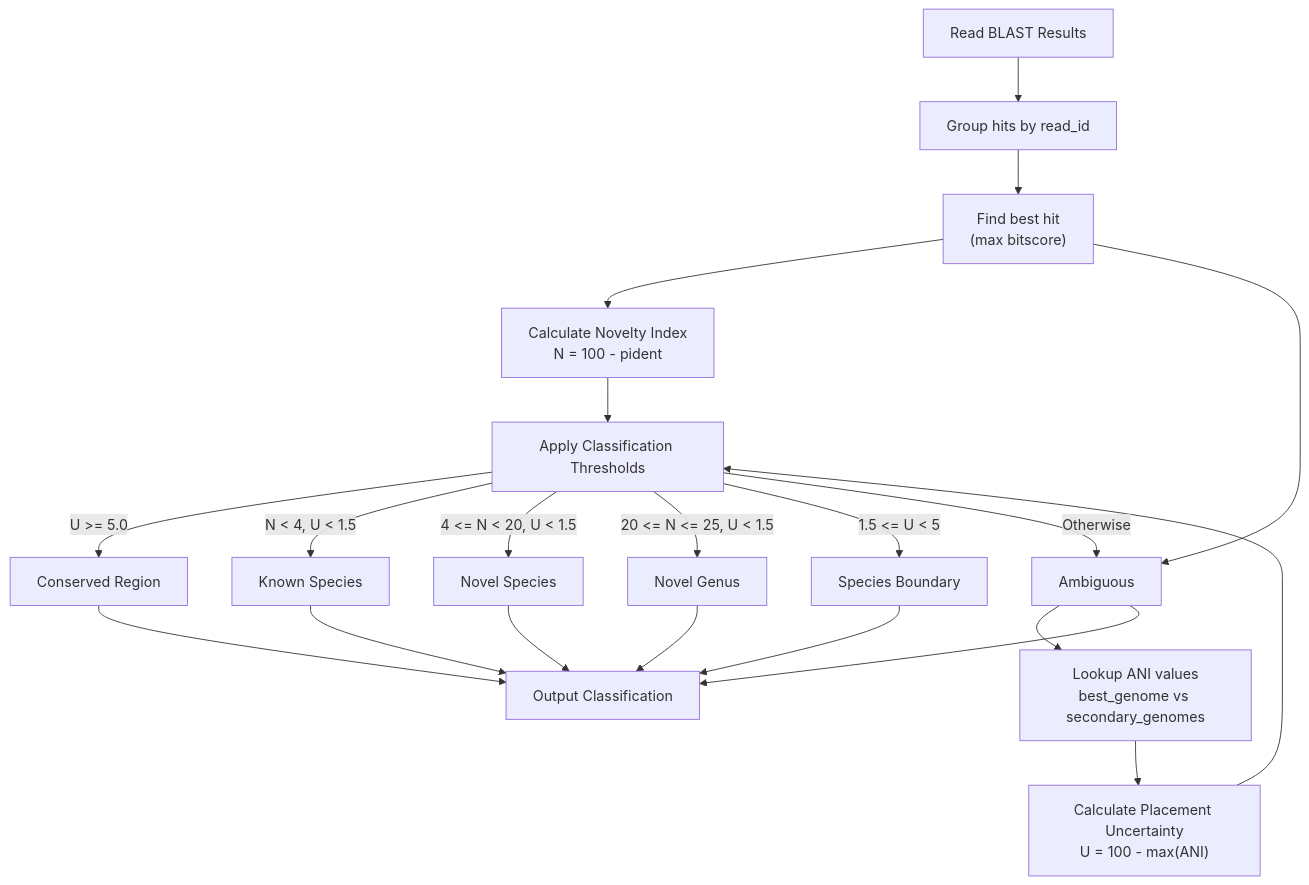
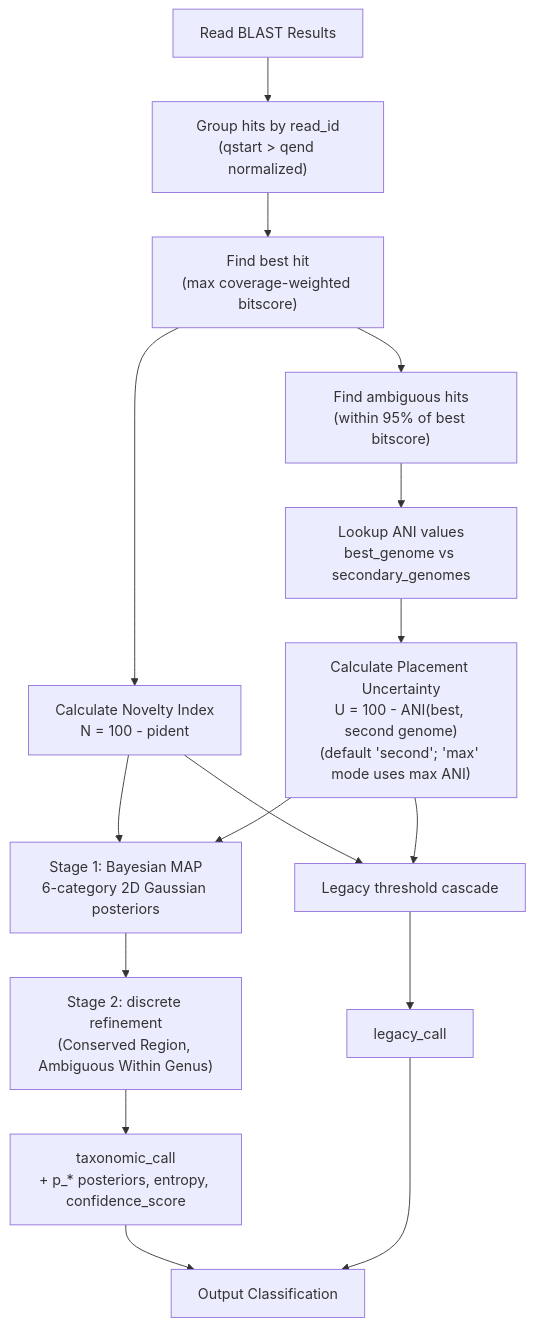
Before and after one commit to FOI-Bioinformatics/metadarkmatter: the third of 20 diagrams in docs/ARCHITECTURE.md, drawn with Mermaid. The commit also changed other lines of this file and 3 other files, not shown here.

````diff
--- a/docs/ARCHITECTURE.md
+++ b/docs/ARCHITECTURE.md
@@ -138,30 +164,25 @@
 ```mermaid
 flowchart TD
     START["Read BLAST Results"]
 
-    START --> GROUP["Group hits by read_id"]
-    GROUP --> BEST["Find best hit<br/>(max bitscore)"]
+    START --> GROUP["Group hits by read_id<br/>(qstart > qend normalized)"]
+    GROUP --> BEST["Find best hit<br/>(max coverage-weighted bitscore)"]
 
     BEST --> N["Calculate Novelty Index<br/>N = 100 - pident"]
-    BEST --> AMB["Find ambiguous hits<br/>(within 95% of best bitscore)"]
+    BEST --> AMBHITS["Find ambiguous hits<br/>(within 95% of best bitscore)"]
 
-    AMB --> ANI["Lookup ANI values<br/>best_genome vs secondary_genomes"]
-    ANI --> U["Calculate Placement Uncertainty<br/>U = 100 - max(ANI)"]
+    AMBHITS --> ANI["Lookup ANI values<br/>best_genome vs secondary_genomes"]
+    ANI --> U["Calculate Placement Uncertainty<br/>U = 100 - ANI(best, second genome)<br/>(default 'second'; 'max' mode uses max ANI)"]
 
-    N --> THRESHOLD["Apply Classification Thresholds"]
+    N --> BAYES["Stage 1: Bayesian MAP<br/>6-category 2D Gaussian posteriors"]
+    U --> BAYES
+    BAYES --> STAGE2["Stage 2: discrete refinement<br/>(Conserved Region, Ambiguous Within Genus)"]
+    STAGE2 --> CALL["taxonomic_call<br/>+ p_* posteriors, entropy, confidence_score"]
+
+    N --> THRESHOLD["Legacy threshold cascade"]
     U --> THRESHOLD
+    THRESHOLD --> LEGACY["legacy_call"]
 
-    THRESHOLD --> |"U >= 5.0"| CONSERVED["Conserved Region"]
-    THRESHOLD --> |"N < 4, U < 1.5"| KNOWN["Known Species"]
-    THRESHOLD --> |"4 <= N < 20, U < 1.5"| NOVEL_SP["Novel Species"]
-    THRESHOLD --> |"20 <= N <= 25, U < 1.5"| NOVEL_GEN["Novel Genus"]
-    THRESHOLD --> |"1.5 <= U < 5"| BOUNDARY["Species Boundary"]
-    THRESHOLD --> |"Otherwise"| AMB["Ambiguous"]
-
-    CONSERVED --> OUTPUT["Output Classification"]
-    KNOWN --> OUTPUT
-    NOVEL_SP --> OUTPUT
-    NOVEL_GEN --> OUTPUT
-    BOUNDARY --> OUTPUT
-    AMB --> OUTPUT
+    CALL --> OUTPUT["Output Classification"]
+    LEGACY --> OUTPUT
 ```
````
